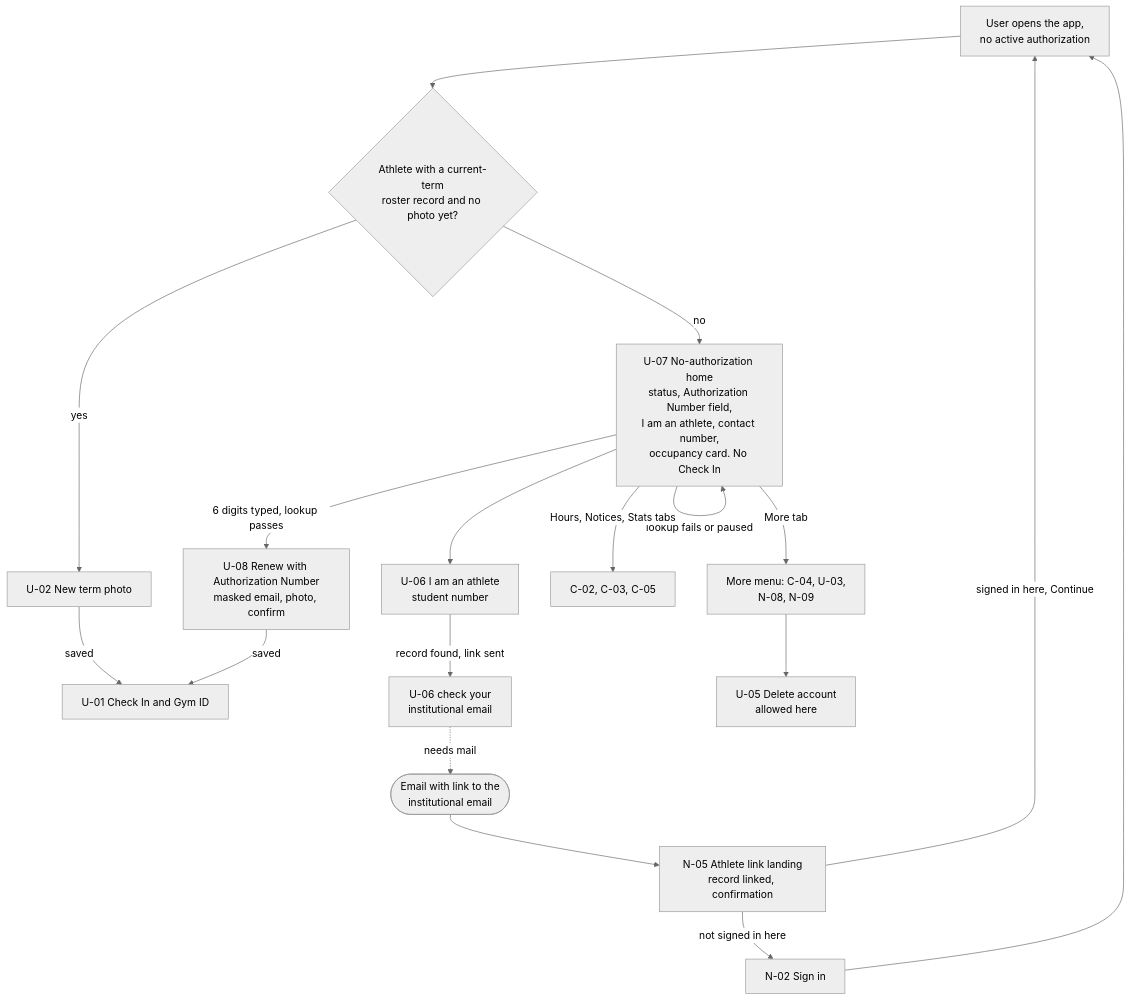
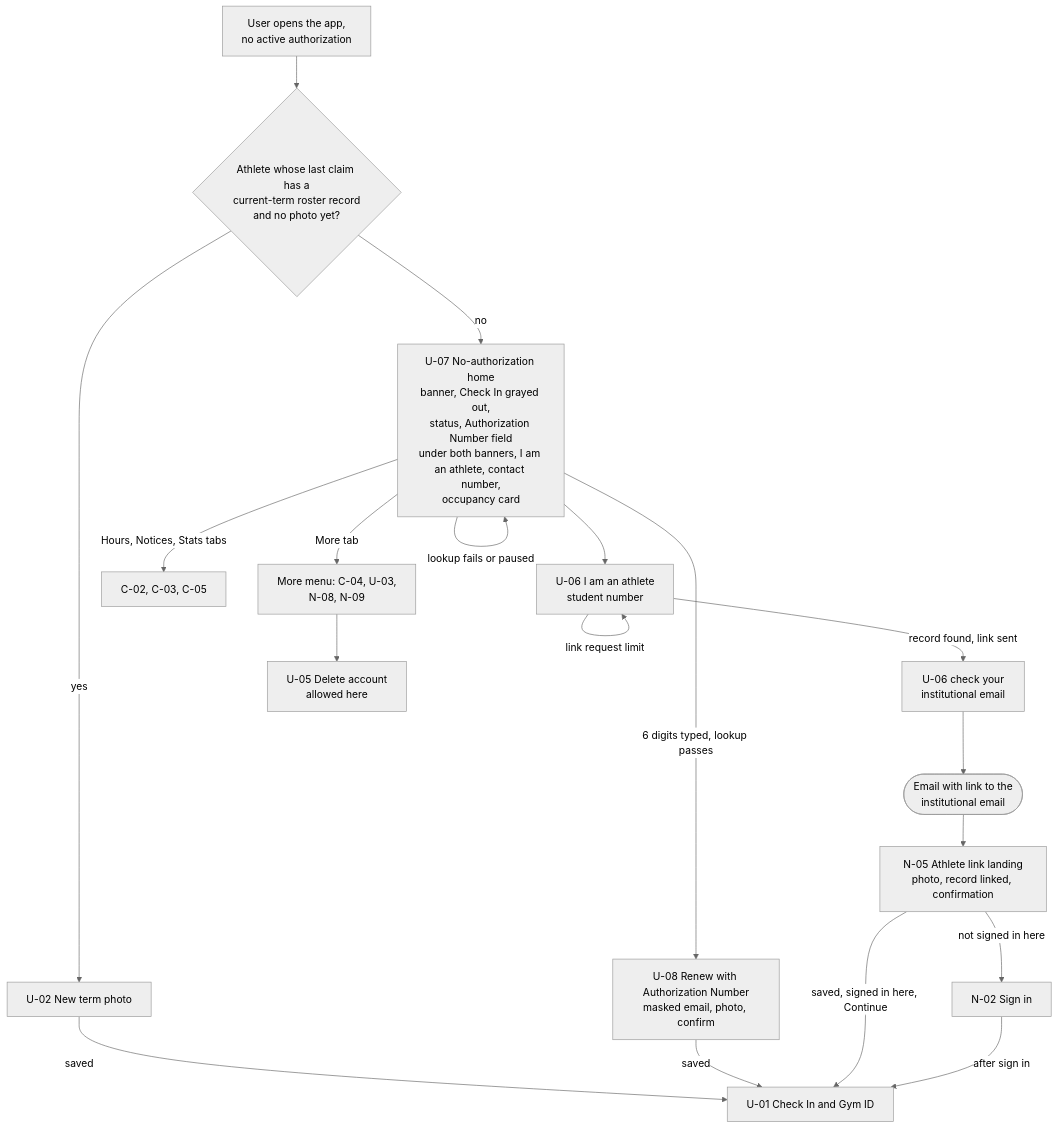
The third of 7 diagrams in docs/design/screen-map.md (Th3-Minorities/natatorio-gym-app), drawn with Mermaid (neutral theme) before and after one commit. The commit also changed other lines of this file, not shown here.

````diff
--- a/docs/design/screen-map.md
+++ b/docs/design/screen-map.md
@@ -87,20 +90,21 @@
 ```mermaid
 flowchart TD
-  OPEN["User opens the app,<br/>no active authorization"] --> T{"Athlete with a current-term<br/>roster record and no photo yet?"}
+  OPEN["User opens the app,<br/>no active authorization"] --> T{"Athlete whose last claim has a<br/>current-term roster record<br/>and no photo yet?"}
   T -->|"yes"| U02["U-02 New term photo"]
   U02 -->|"saved"| U01["U-01 Check In and Gym ID"]
-  T -->|"no"| U07["U-07 No-authorization home<br/>status, Authorization Number field,<br/>I am an athlete, contact number,<br/>occupancy card. No Check In"]
+  T -->|"no"| U07["U-07 No-authorization home<br/>banner, Check In grayed out,<br/>status, Authorization Number field<br/>under both banners, I am an athlete, contact number,<br/>occupancy card"]
   U07 -->|"6 digits typed, lookup passes"| U08["U-08 Renew with Authorization Number<br/>masked email, photo, confirm"]
   U07 -->|"lookup fails or paused"| U07
   U08 -->|"saved"| U01
   U07 --> U06["U-06 I am an athlete<br/>student number"]
   U06 -->|"record found, link sent"| U06M["U-06 check your<br/>institutional email"]
-  U06M -.->|"needs mail"| MAIL(["Email with link to the<br/>institutional email"])
-  MAIL --> N05["N-05 Athlete link landing<br/>record linked, confirmation"]
-  N05 -->|"signed in here, Continue"| OPEN
+  U06 -->|"link request limit"| U06
+  U06M --> MAIL(["Email with link to the<br/>institutional email"])
+  MAIL --> N05["N-05 Athlete link landing<br/>photo, record linked, confirmation"]
+  N05 -->|"saved, signed in here, Continue"| U01
   N05 -->|"not signed in here"| N02["N-02 Sign in"]
-  N02 --> OPEN
+  N02 -->|"after sign in"| U01
   U07 -->|"Hours, Notices, Stats tabs"| SH["C-02, C-03, C-05"]
   U07 -->|"More tab"| MORE["More menu: C-04, U-03,<br/>N-08, N-09"]
   MORE --> U05["U-05 Delete account<br/>allowed here"]
 ```
````
